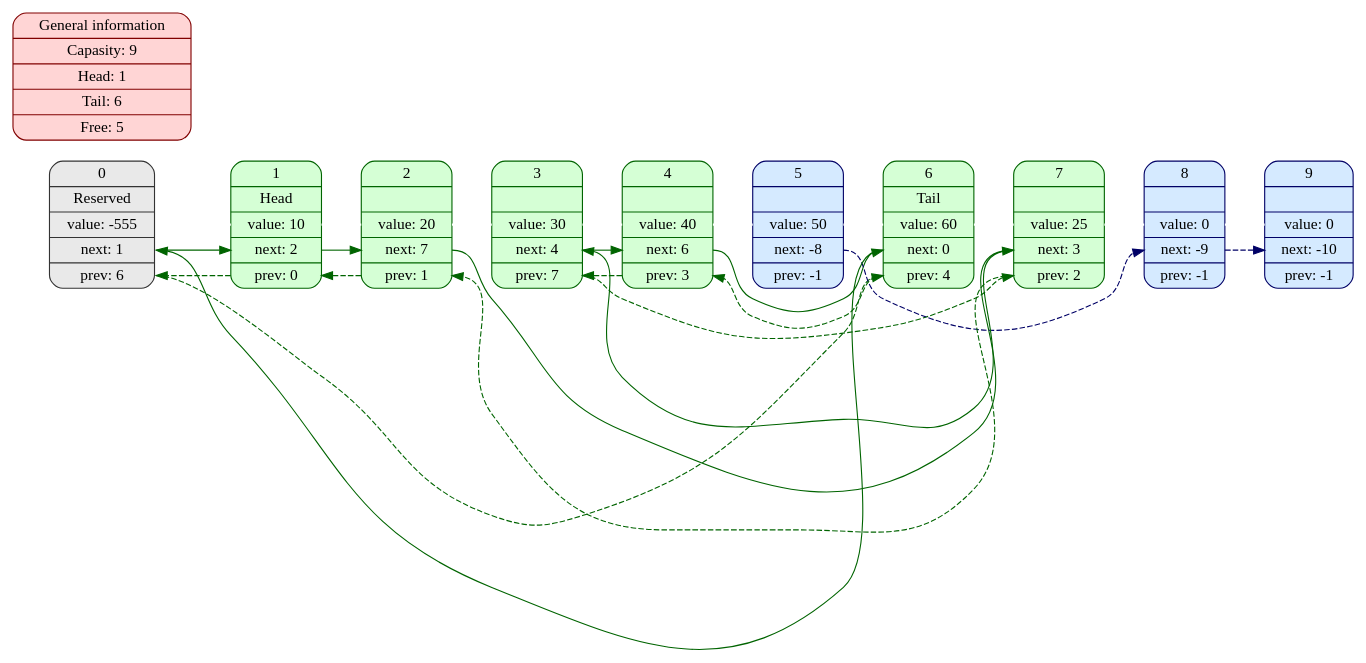
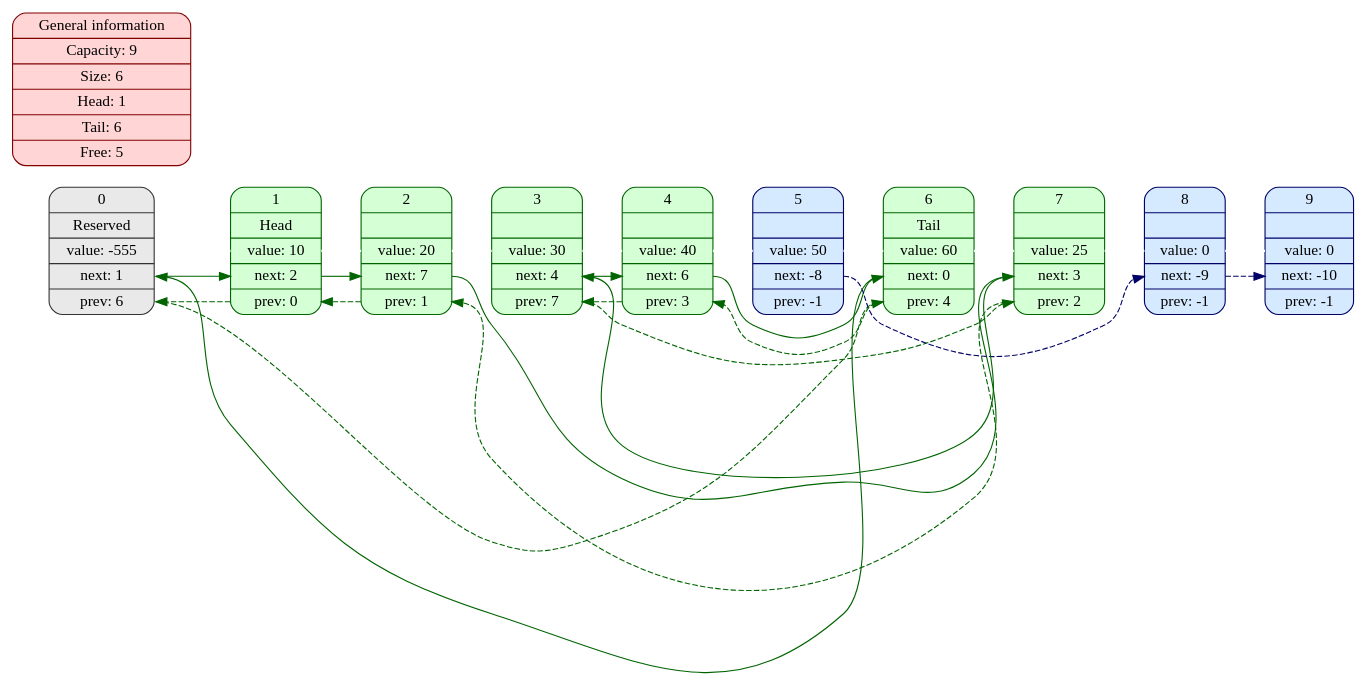
The diagram in ListPicture.dot (KuchinaMA/Lists), drawn with Graphviz before and after one commit. The commit also changed 12 other files, not shown here.

```diff
--- a/ListPicture.dot
+++ b/ListPicture.dot
@@ -1,32 +1,32 @@
 digraph {
   rankdir = LR;
   node [shape = Mrecord, color = "#006400", style = filled, fillcolor = "#D5FFD5"];
 {  el0[color = "#333333", style = filled, fillcolor = "#E9E9E9", label = "0 | Reserved | <d0> value: -555 | <n0> next: 1 | <p0> prev: 6"];
   el1[label = "1 | Head | <d1> value: 10 | <n1> next: 2 | <p1> prev: 0"];
   el2[label = "2 | | <d2> value: 20 | <n2> next: 7 | <p2> prev: 1"];
   el3[label = "3 | | <d3> value: 30 | <n3> next: 4 | <p3> prev: 7"];
   el4[label = "4 | | <d4> value: 40 | <n4> next: 6 | <p4> prev: 3"];
   el5[color = "#000066", style = filled, fillcolor = "#D5EAFF", label = "5 | | <d5> value: 50 | <n5> next: -8 | <p5> prev: -1"];
   el6[label = "6 | Tail | <d6> value: 60 | <n6> next: 0 | <p6> prev: 4"];
   el7[label = "7 | | <d7> value: 25 | <n7> next: 3 | <p7> prev: 2"];
   el8[color = "#000066", style = filled, fillcolor = "#D5EAFF", label = "8 | | <d8> value: 0 | <n8> next: -9 | <p8> prev: -1"];
   el9[color = "#000066", style = filled, fillcolor = "#D5EAFF", label = "9 | | <d9> value: 0 | <n9> next: -10 | <p9> prev: -1"];
   el0: <d0> ->el1: <d1> ->el2: <d2> ->el3: <d3> ->el4: <d4> ->el5: <d5> ->el6: <d6> ->el7: <d7> ->el8: <d8> ->el9: <d9> [weight = 1000, style = "bold", arrowhead = "none", color = "#FFFFFF"];
   el1: <n1> -> el2: <n2> [constraint = false, weight = 1, color = "#006400"];
   el2: <n2> -> el7: <n7> [constraint = false, weight = 1, color = "#006400"];
   el7: <n7> -> el3: <n3> [constraint = false, weight = 1, color = "#006400"];
   el3: <n3> -> el4: <n4> [constraint = false, weight = 1, color = "#006400"];
   el4: <n4> -> el6: <n6> [constraint = false, weight = 1, color = "#006400"];
   el6: <n6> -> el0: <n0> [constraint = false, weight = 1, color = "#006400"];
   el0: <n0> -> el1: <n1> [constraint = false, weight = 1, color = "#006400"];
   el6: <p6> -> el4: <p4> [constraint = false, weight = 1, color = "#006400", style = "dashed"];
   el4: <p4> -> el3: <p3> [constraint = false, weight = 1, color = "#006400", style = "dashed"];
   el3: <p3> -> el7: <p7> [constraint = false, weight = 1, color = "#006400", style = "dashed"];
   el7: <p7> -> el2: <p2> [constraint = false, weight = 1, color = "#006400", style = "dashed"];
   el2: <p2> -> el1: <p1> [constraint = false, weight = 1, color = "#006400", style = "dashed"];
   el1: <p1> -> el0: <p0> [constraint = false, weight = 1, color = "#006400", style = "dashed"];
   el0: <p0> -> el6: <p6> [constraint = false, weight = 1, color = "#006400", style = "dashed"];
   el5: <n5> -> el8: <n8> [constraint = false, weight = 1, color = "#000066", style = "dashed"];
   el8: <n8> -> el9: <n9> [constraint = false, weight = 1, color = "#000066", style = "dashed"];
-}{  general[color = "#800000", style = filled, fillcolor = "#FFD5D5", label = "General information |      Capasity: 9 | Head: 1 | Tail: 6 | Free: 5"];
+}{  general[color = "#800000", style = filled, fillcolor = "#FFD5D5", label = "General information |      Capacity: 9 | Size: 6 | Head: 1 | Tail: 6 | Free: 5"];
 }}
```
